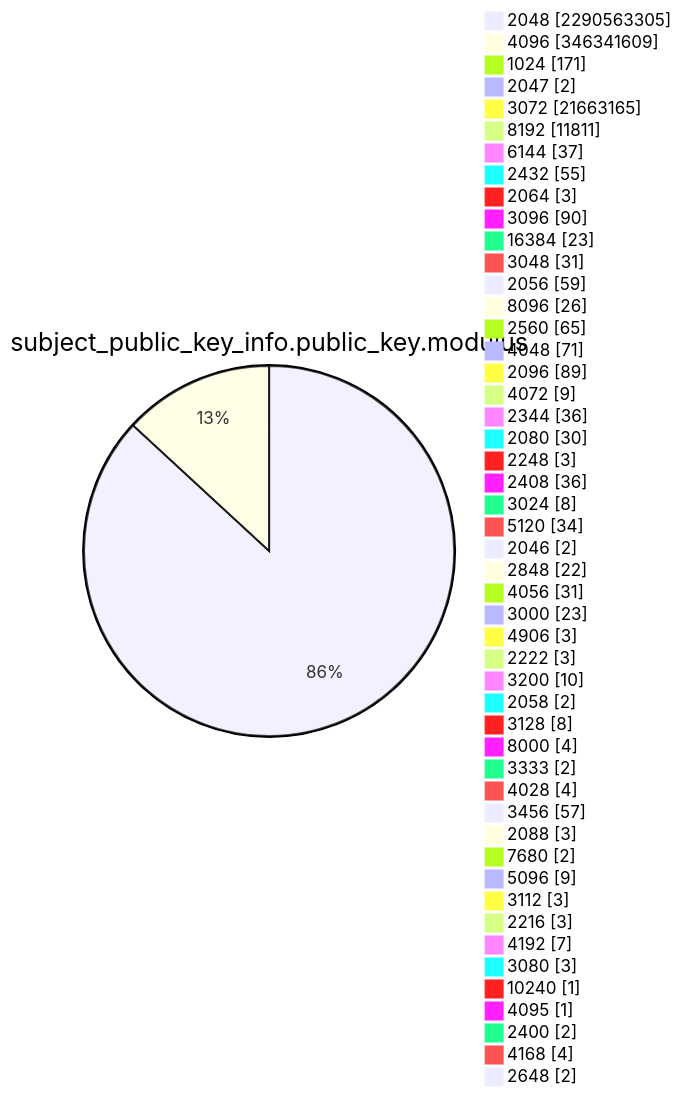
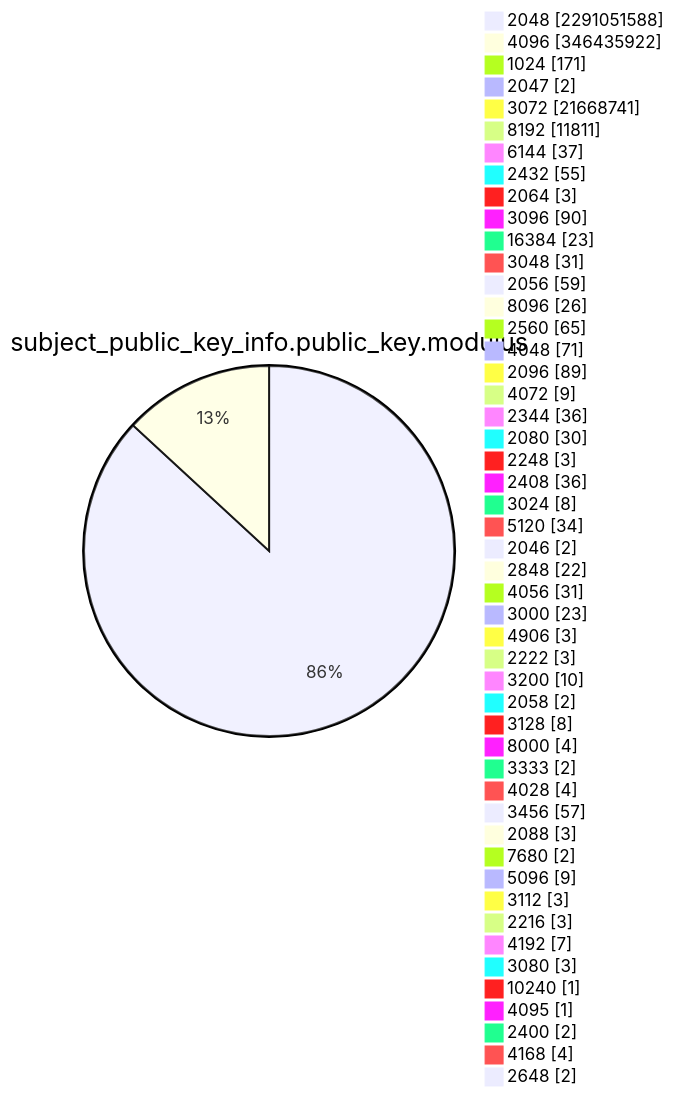
Diagram 13 of 15 in TOTAL/README.md (christiankrug/ctmonitor_visualization), drawn with Mermaid before and after one commit. The commit also changed other lines of this file, not shown here.

````diff
--- a/TOTAL/README.md
+++ b/TOTAL/README.md
@@ -4167,53 +4167,53 @@
 ```mermaid
 pie showData
 title subject_public_key_info.public_key.modulus
-"2048" :2290563305
-"4096" :346341609
+"2048" :2291051588
+"4096" :346435922
 "1024" :171
 "2047" :2
-"3072" :21663165
+"3072" :21668741
 "8192" :11811
 "6144" :37
 "2432" :55
 "2064" :3
 "3096" :90
 "16384" :23
 "3048" :31
 "2056" :59
 "8096" :26
 "2560" :65
 "4048" :71
 "2096" :89
 "4072" :9
 "2344" :36
 "2080" :30
 "2248" :3
 "2408" :36
 "3024" :8
 "5120" :34
 "2046" :2
 "2848" :22
 "4056" :31
 "3000" :23
 "4906" :3
 "2222" :3
 "3200" :10
 "2058" :2
 "3128" :8
 "8000" :4
 "3333" :2
 "4028" :4
 "3456" :57
 "2088" :3
 "7680" :2
 "5096" :9
 "3112" :3
 "2216" :3
 "4192" :7
 "3080" :3
 "10240" :1
 "4095" :1
 "2400" :2
 "4168" :4
 "2648" :2
 ```
````
